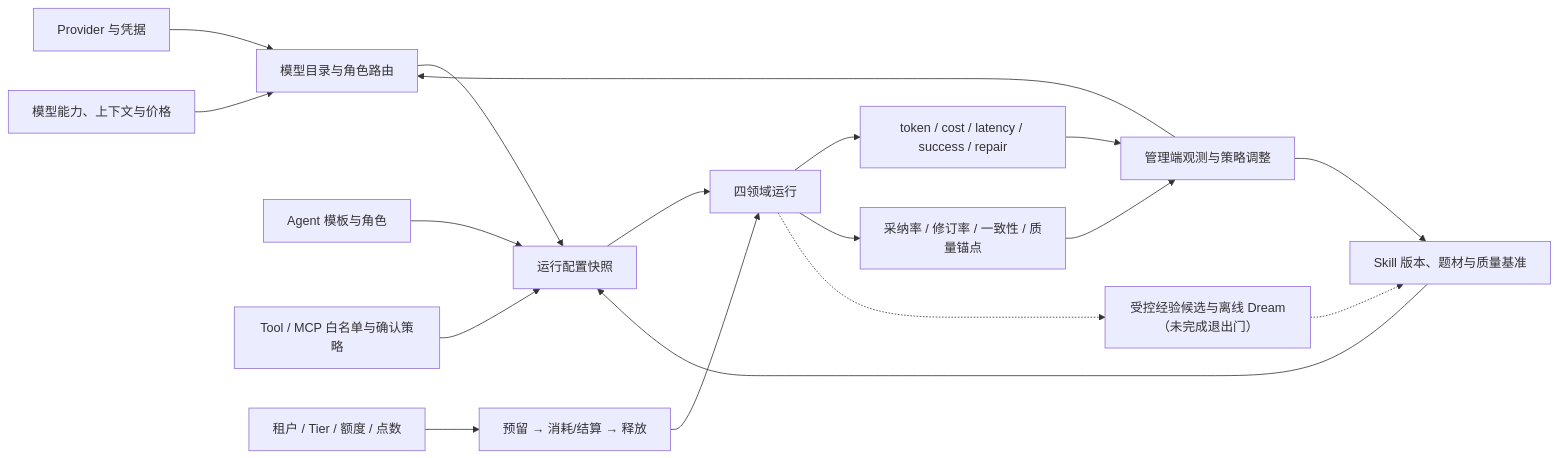
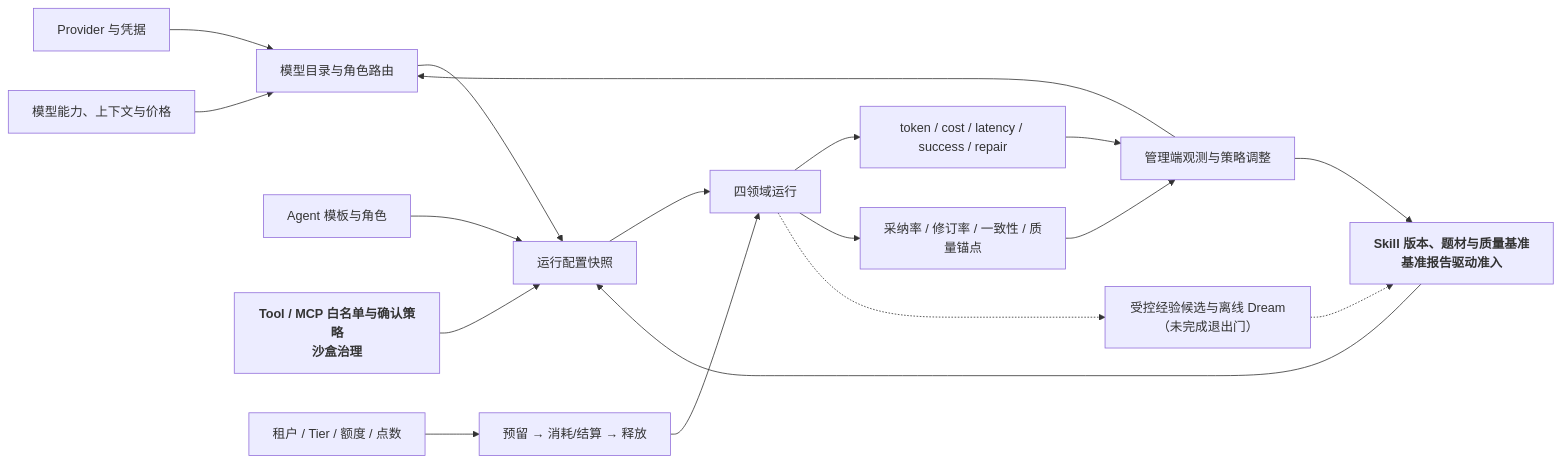
One commit to quchenchen/ScriptNow changed the eighth of 8 diagrams in docs/v7-spec-v1.1/19-SYSTEM-BUSINESS-FLOW-MAP.md. Above: the diagram before and after it, drawn with Mermaid. The commit also changed other lines of this file and 10 other files, not shown here.

````diff
--- a/docs/v7-spec-v1.1/19-SYSTEM-BUSINESS-FLOW-MAP.md
+++ b/docs/v7-spec-v1.1/19-SYSTEM-BUSINESS-FLOW-MAP.md
@@ -199,20 +249,20 @@
 ```mermaid
 flowchart LR
     Providers["Provider 与凭据"] --> Routing["模型目录与角色路由"]
     Models["模型能力、上下文与价格"] --> Routing
     Agents["Agent 模板与角色"] --> RuntimeSnapshot["运行配置快照"]
-    Skills["Skill 版本、题材与质量基准"] --> RuntimeSnapshot
-    MCP["Tool / MCP 白名单与确认策略"] --> RuntimeSnapshot
+    Skills["<b>Skill 版本、题材与质量基准<br/>基准报告驱动准入</b>"] --> RuntimeSnapshot
+    MCP["<b>Tool / MCP 白名单与确认策略<br/>沙盒治理</b>"] --> RuntimeSnapshot
     Routing --> RuntimeSnapshot
     Tenant["租户 / Tier / 额度 / 点数"] --> Budget["预留 → 消耗/结算 → 释放"]
     RuntimeSnapshot --> Runs["四领域运行"]
     Budget --> Runs
     Runs --> Usage["token / cost / latency / success / repair"]
     Runs --> Quality["采纳率 / 修订率 / 一致性 / 质量锚点"]
     Usage --> Admin["管理端观测与策略调整"]
     Quality --> Admin
     Admin --> Routing
     Admin --> Skills
     Runs -.-> Dream["受控经验候选与离线 Dream（未完成退出门）"]
     Dream -.-> Skills
 ```
````
